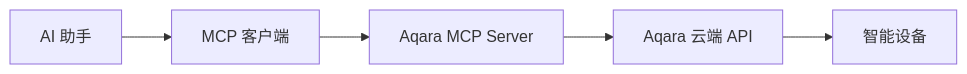
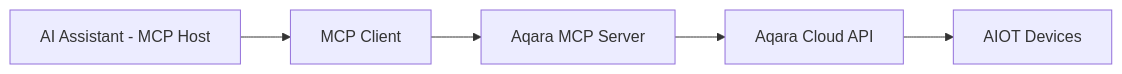
The diagram in readme/README_CN.md (aqara/aqara-mcp-server), drawn with Mermaid before and after one commit. The commit also changed other lines of this file and 22 other files, not shown here.

````diff
--- a/readme/README_CN.md
+++ b/readme/README_CN.md
@@ -77,7 +76,7 @@
 ```mermaid
 graph LR
-    A[AI 助手] --> B[MCP 客户端]
+    A[AI Assistant - MCP Host] --> B[MCP Client]
     B --> C[Aqara MCP Server]
-    C --> D[Aqara 云端 API]
-    D --> E[智能设备]
+    C --> D[Aqara Cloud API]
+    D --> E[AIOT Devices]
 ```
````
